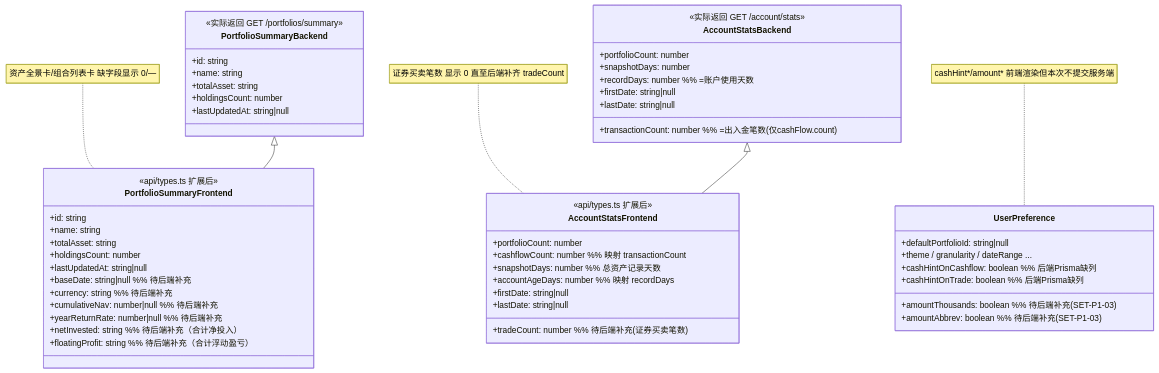
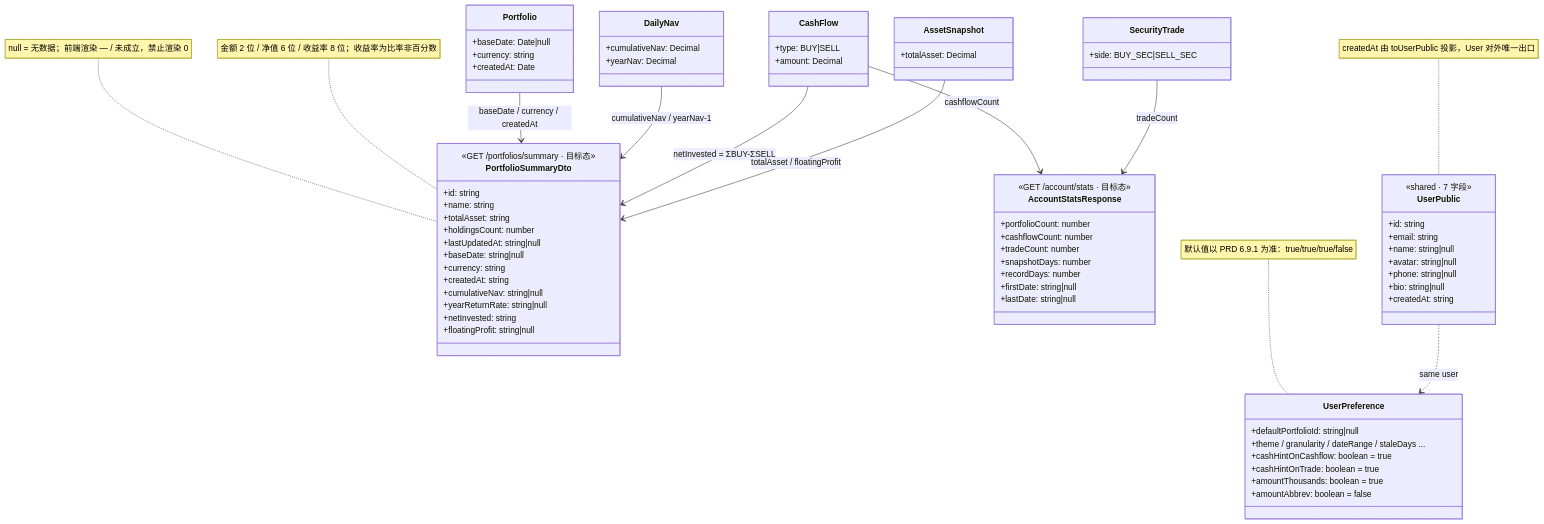
One commit to dolphin738/investment-tracker changed the diagram in docs/class-diagram.mermaid. Above: the diagram before and after it, drawn with Mermaid. The commit also changed 1 other file, not shown here.

Commit message:
docs: 账户域后端缺口增量设计v2（架构师高见远）：summary 7字段/统计拆分/偏好4列规格+12条验收

```diff
--- a/docs/class-diagram.mermaid
+++ b/docs/class-diagram.mermaid
@@ -1,60 +1,77 @@
 classDiagram
-    %% ===== 账户页数据源 =====
-    class PortfolioSummaryBackend {
-        <<实际返回 GET /portfolios/summary>>
+    %% ===== 账户域 · 缺口补齐后目标态（incremental-account-v2）=====
+    class PortfolioSummaryDto {
+        <<GET /portfolios/summary · 目标态>>
         +id: string
         +name: string
         +totalAsset: string
         +holdingsCount: number
         +lastUpdatedAt: string|null
+        +baseDate: string|null
+        +currency: string
+        +createdAt: string
+        +cumulativeNav: string|null
+        +yearReturnRate: string|null
+        +netInvested: string
+        +floatingProfit: string|null
     }
-    class PortfolioSummaryFrontend {
-        <<api/types.ts 扩展后>>
-        +id: string
-        +name: string
-        +totalAsset: string
-        +holdingsCount: number
-        +lastUpdatedAt: string|null
-        +baseDate: string|null  %% 待后端补充
-        +currency: string       %% 待后端补充
-        +cumulativeNav: number|null   %% 待后端补充
-        +yearReturnRate: number|null  %% 待后端补充
-        +netInvested: string    %% 待后端补充（合计净投入）
-        +floatingProfit: string %% 待后端补充（合计浮动盈亏）
-    }
-    class AccountStatsBackend {
-        <<实际返回 GET /account/stats>>
+    class AccountStatsResponse {
+        <<GET /account/stats · 目标态>>
         +portfolioCount: number
-        +transactionCount: number  %% =出入金笔数(仅cashFlow.count)
+        +cashflowCount: number
+        +tradeCount: number
         +snapshotDays: number
-        +recordDays: number        %% =账户使用天数
+        +recordDays: number
         +firstDate: string|null
         +lastDate: string|null
     }
-    class AccountStatsFrontend {
-        <<api/types.ts 扩展后>>
-        +portfolioCount: number
-        +cashflowCount: number   %% 映射 transactionCount
-        +tradeCount: number      %% 待后端补充(证券买卖笔数)
-        +snapshotDays: number    %% 总资产记录天数
-        +accountAgeDays: number  %% 映射 recordDays
-        +firstDate: string|null
-        +lastDate: string|null
+    class UserPublic {
+        <<shared · 7 字段>>
+        +id: string
+        +email: string
+        +name: string|null
+        +avatar: string|null
+        +phone: string|null
+        +bio: string|null
+        +createdAt: string
+    }
+    class UserPreference {
+        +defaultPortfolioId: string|null
+        +theme / granularity / dateRange / staleDays ...
+        +cashHintOnCashflow: boolean = true
+        +cashHintOnTrade: boolean = true
+        +amountThousands: boolean = true
+        +amountAbbrev: boolean = false
+    }
+    class Portfolio {
+        +baseDate: Date|null
+        +currency: string
+        +createdAt: Date
+    }
+    class DailyNav {
+        +cumulativeNav: Decimal
+        +yearNav: Decimal
+    }
+    class CashFlow {
+        +type: BUY|SELL
+        +amount: Decimal
+    }
+    class AssetSnapshot {
+        +totalAsset: Decimal
+    }
+    class SecurityTrade {
+        +side: BUY_SEC|SELL_SEC
     }
 
-    %% ===== 设置页偏好 =====
-    class UserPreference {
-        +defaultPortfolioId: string|null
-        +theme / granularity / dateRange ...
-        +cashHintOnCashflow: boolean  %% 后端Prisma缺列
-        +cashHintOnTrade: boolean     %% 后端Prisma缺列
-        +amountThousands: boolean     %% 待后端补充(SET-P1-03)
-        +amountAbbrev: boolean        %% 待后端补充(SET-P1-03)
-    }
+    Portfolio --> PortfolioSummaryDto : baseDate / currency / createdAt
+    DailyNav --> PortfolioSummaryDto : cumulativeNav / yearNav-1
+    CashFlow --> PortfolioSummaryDto : netInvested = ΣBUY-ΣSELL
+    AssetSnapshot --> PortfolioSummaryDto : totalAsset / floatingProfit
+    CashFlow --> AccountStatsResponse : cashflowCount
+    SecurityTrade --> AccountStatsResponse : tradeCount
+    UserPublic ..> UserPreference : same user
 
-    PortfolioSummaryBackend <|-- PortfolioSummaryFrontend
-    AccountStatsBackend <|-- AccountStatsFrontend
-
-    note for PortfolioSummaryFrontend "资产全景卡/组合列表卡 缺字段显示 0/—"
-    note for AccountStatsFrontend "证券买卖笔数 显示 0 直至后端补齐 tradeCount"
-    note for UserPreference "cashHint*/amount* 前端渲染但本次不提交服务端"
+    note for PortfolioSummaryDto "null = 无数据；前端渲染 — / 未成立，禁止渲染 0"
+    note for PortfolioSummaryDto "金额 2 位 / 净值 6 位 / 收益率 8 位；收益率为比率非百分数"
+    note for UserPublic "createdAt 由 toUserPublic 投影，User 对外唯一出口"
+    note for UserPreference "默认值以 PRD 6.9.1 为准：true/true/true/false"
```
